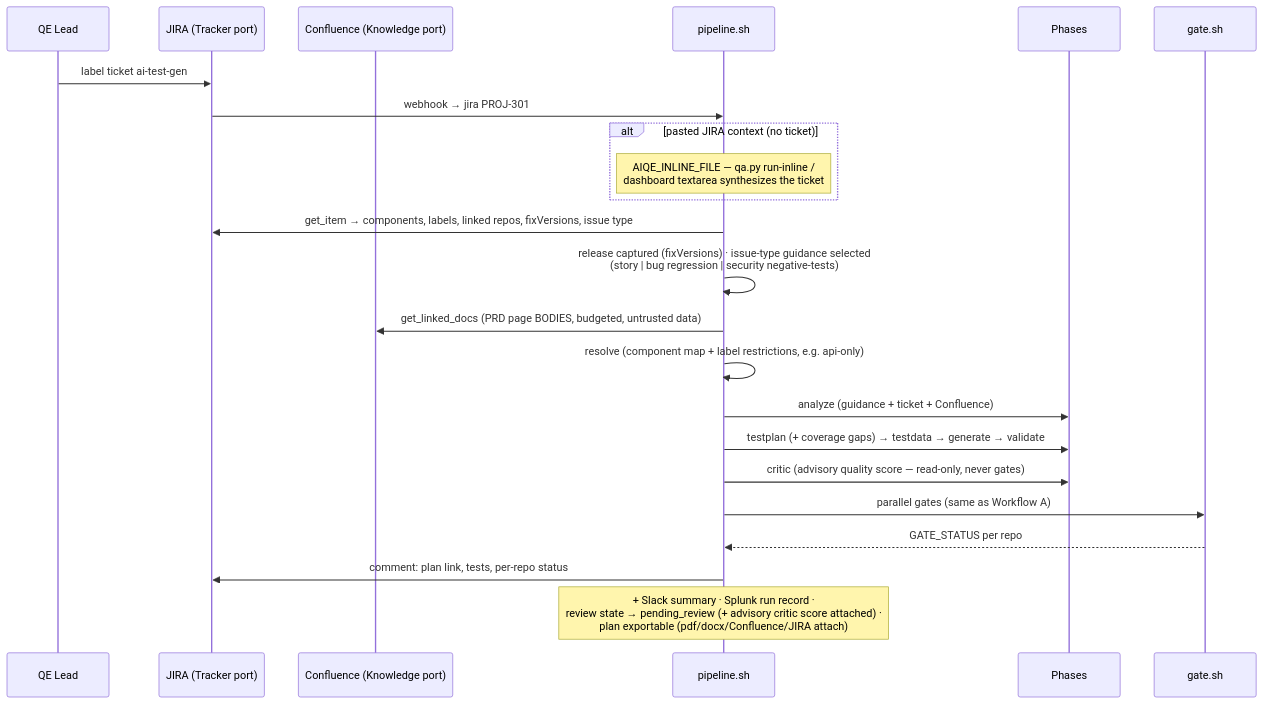
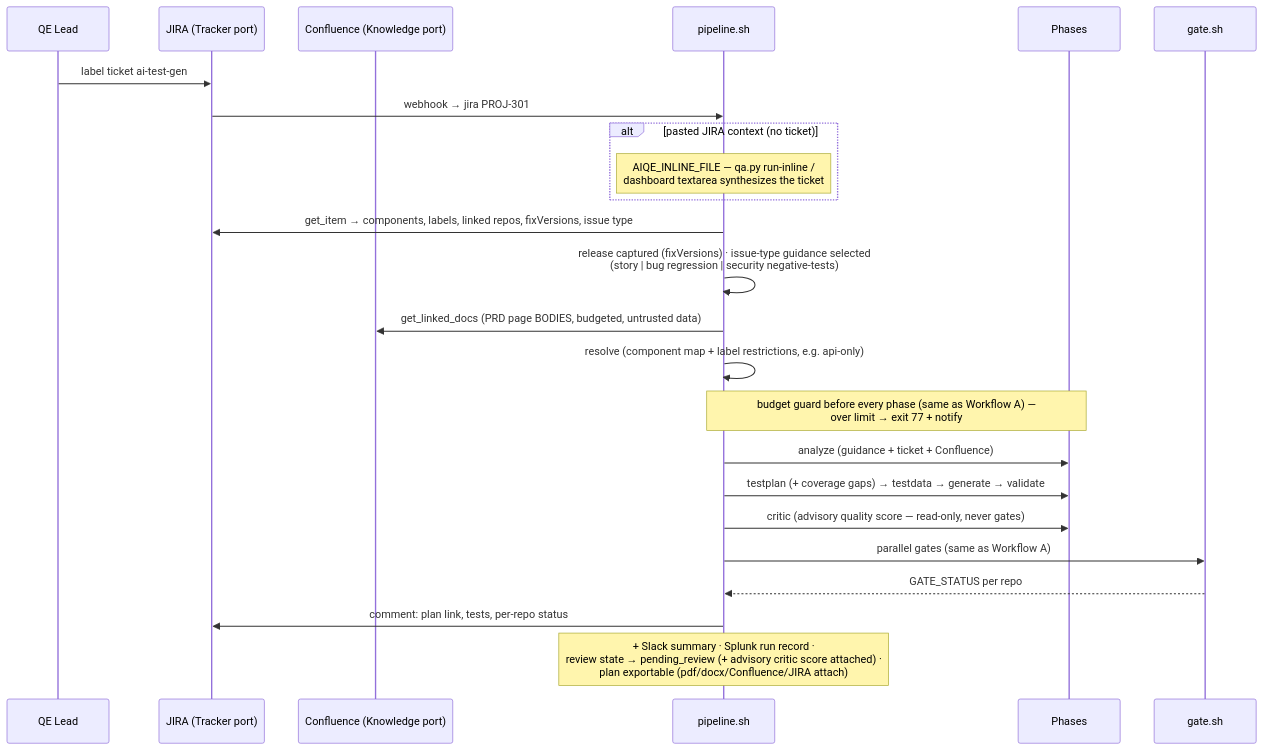
One commit to anandtopu/auto-tests-gen changed the fourth of 15 diagrams in docs/diagrams.md. Above: the diagram before and after it, drawn with Mermaid. The commit also changed other lines of this file and 92 other files, not shown here.

````diff
--- a/docs/diagrams.md
+++ b/docs/diagrams.md
@@ -115,26 +116,27 @@
 ```mermaid
 sequenceDiagram
     participant QE as QE Lead
     participant J as JIRA (Tracker port)
     participant C as Confluence (Knowledge port)
     participant P as pipeline.sh
     participant LLM as Phases
     participant G as gate.sh
 
     QE->>J: label ticket ai-test-gen
     J->>P: webhook → jira PROJ-301
     alt pasted JIRA context (no ticket)
         Note over P: AIQE_INLINE_FILE — qa.py run-inline /<br/>dashboard textarea synthesizes the ticket
     end
     P->>J: get_item → components, labels, linked repos, fixVersions, issue type
     P->>P: release captured (fixVersions) · issue-type guidance selected<br/>(story | bug regression | security negative-tests)
     P->>C: get_linked_docs (PRD page BODIES, budgeted, untrusted data)
     P->>P: resolve (component map + label restrictions, e.g. api-only)
+    Note over P,LLM: budget guard before every phase (same as Workflow A) —<br/>over limit → exit 77 + notify
     P->>LLM: analyze (guidance + ticket + Confluence)
     P->>LLM: testplan (+ coverage gaps) → testdata → generate → validate
     P->>LLM: critic (advisory quality score — read-only, never gates)
     P->>G: parallel gates (same as Workflow A)
     G-->>P: GATE_STATUS per repo
     P->>J: comment: plan link, tests, per-repo status
     Note over P: + Slack summary · Splunk run record ·<br/>review state → pending_review (+ advisory critic score attached) ·<br/>plan exportable (pdf/docx/Confluence/JIRA attach)
 ```
````
